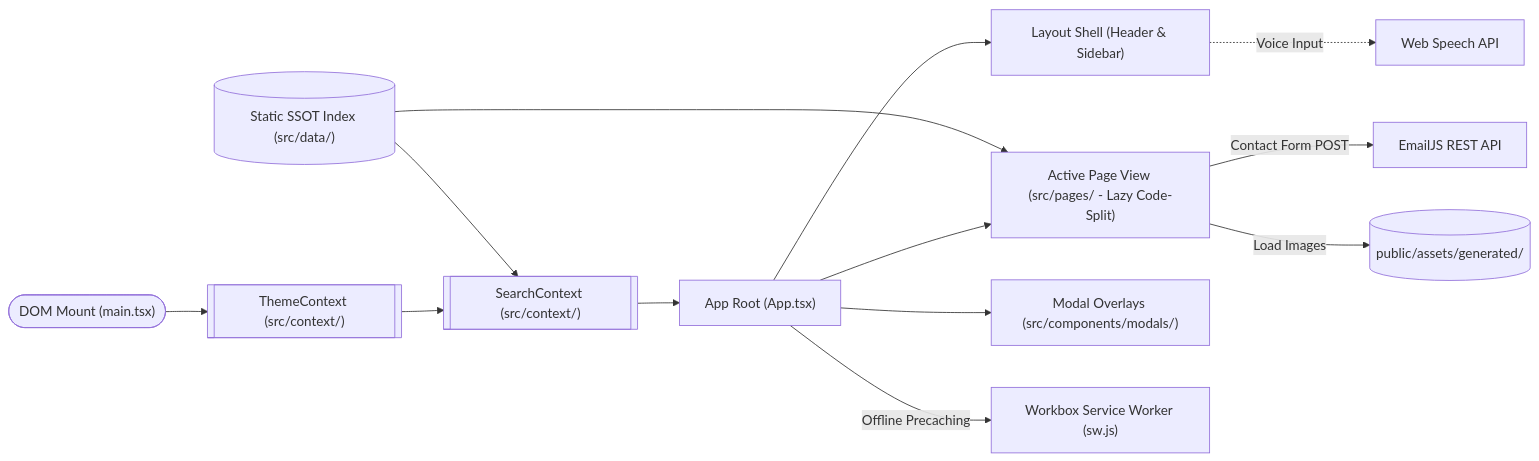
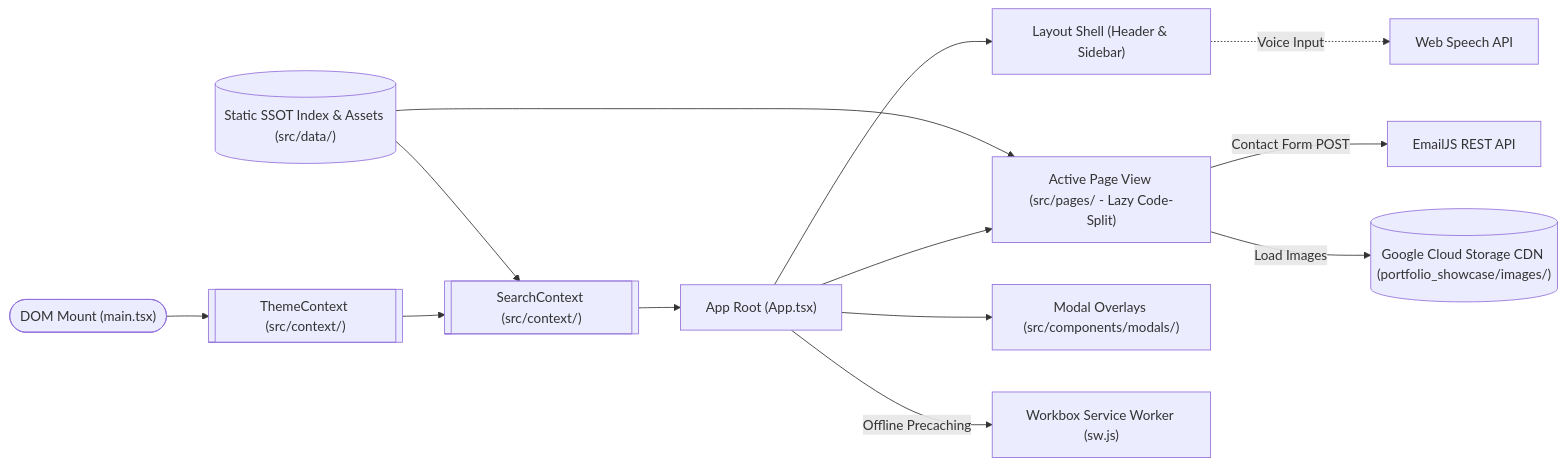
The first of 6 diagrams in docs/architecture.md (kxnghans/kxnghans.github.io), drawn with Mermaid before and after one commit. The commit also changed other lines of this file and 43 other files, not shown here.

Commit message:
feat(assets): decouple media assets to GCS CDN, add asset registry, and purge local binaries

````diff
--- a/docs/architecture.md
+++ b/docs/architecture.md
@@ -11,22 +11,22 @@
 ```mermaid
 flowchart LR
     %% Entry & Shell
     DOMEntry(["DOM Mount (main.tsx)"]) --> ThemeCtx[["ThemeContext (src/context/)"]]
     ThemeCtx --> SearchCtx[["SearchContext (src/context/)"]]
     SearchCtx --> AppShell["App Root (App.tsx)"]
 
     %% UI Presentation Layers
     AppShell --> Layout["Layout Shell (Header & Sidebar)"]
     AppShell --> ActiveView["Active Page View (src/pages/ - Lazy Code-Split)"]
     AppShell --> ModalOverlay["Modal Overlays (src/components/modals/)"]
 
     %% External & Static Integrations
     Layout -. "Voice Input" .-> WebSpeech["Web Speech API"]
     ActiveView -- "Contact Form POST" --> EmailJS["EmailJS REST API"]
-    ActiveView -- "Load Images" --> LocalMedia[("public/assets/generated/")]
+    ActiveView -- "Load Images" --> CloudMedia[("Google Cloud Storage CDN (portfolio_showcase/images/)")]
     AppShell -- "Offline Precaching" --> PWAWorker["Workbox Service Worker (sw.js)"]
 
     %% Data Layer
-    DataIndex[("Static SSOT Index (src/data/)")] --> SearchCtx
+    DataIndex[("Static SSOT Index & Assets (src/data/)")] --> SearchCtx
     DataIndex --> ActiveView
 ```
````
